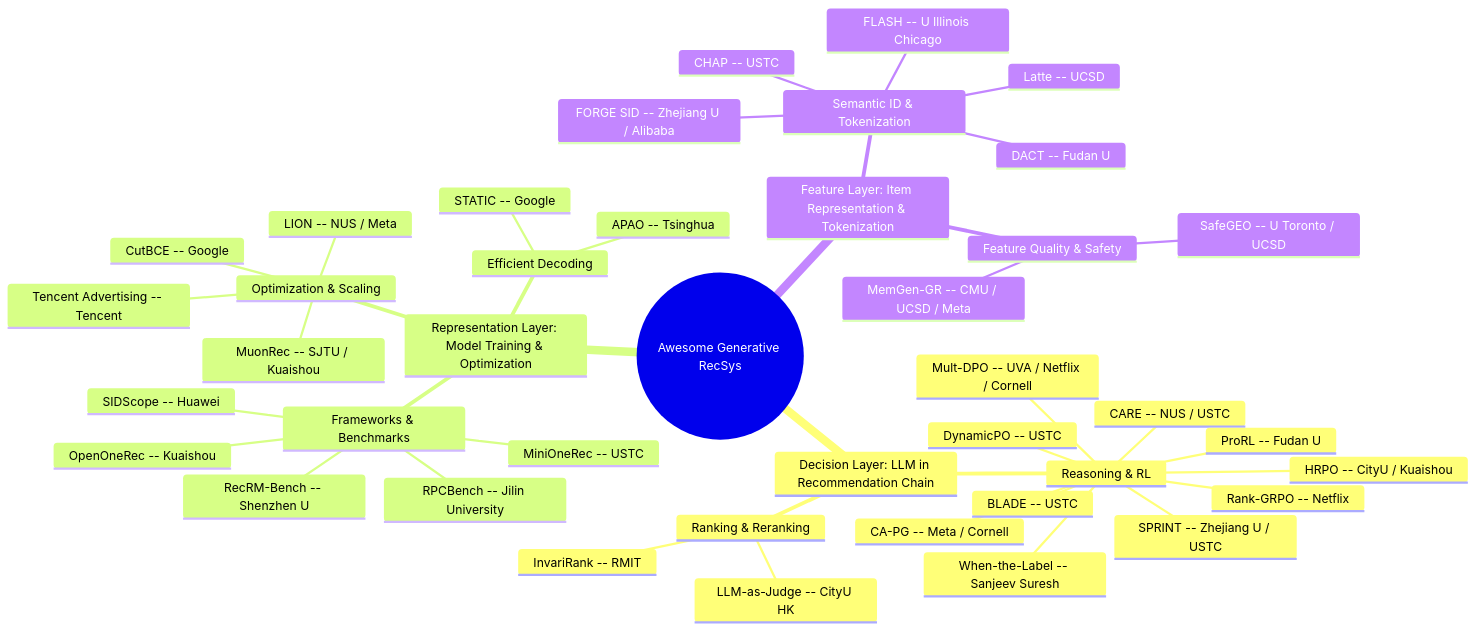
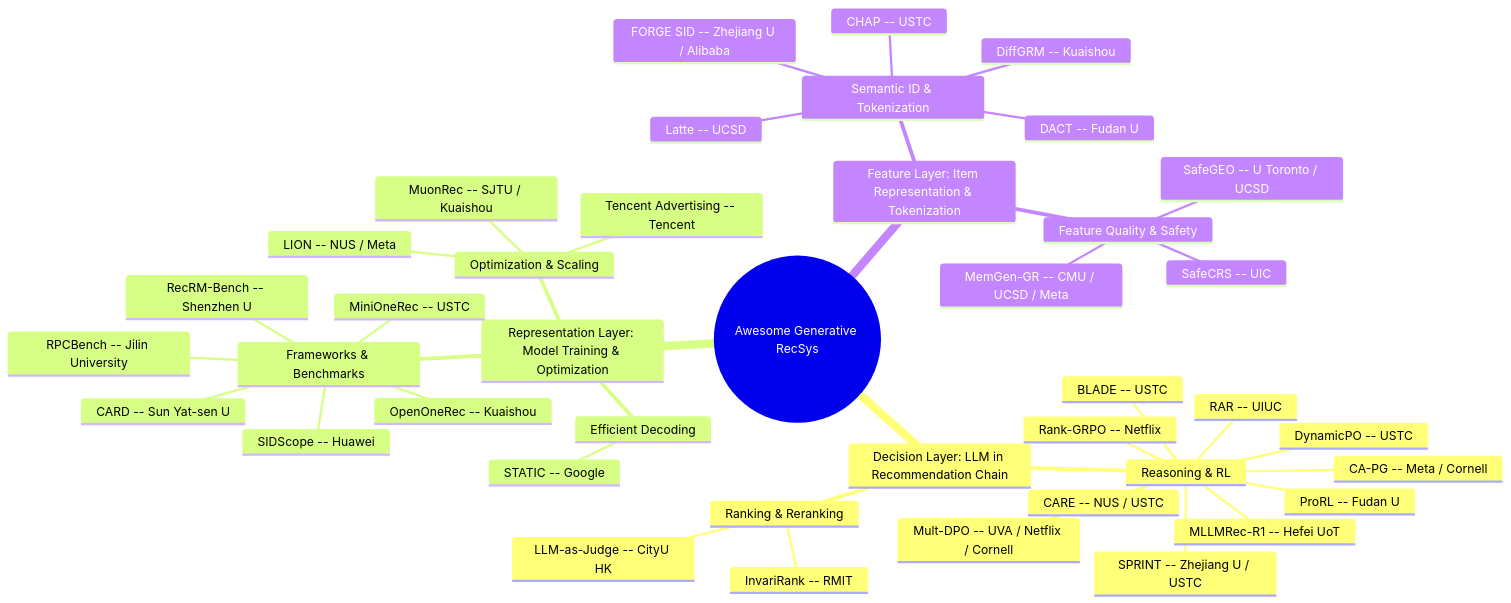
One commit to HaFred/awesome-generative-recsys changed the diagram in README.md. Above: the diagram before and after it, drawn with Mermaid. The commit also changed other lines of this file and 3 other files, not shown here.

Commit message:
daily gen-rec paper hunt (Oct 14): 7 papers — CARD, DiffGRM, MLLMRec-R1, SafeCRS, RAR (opensource) + NONTP, X-Rec (backfill); mindmap 30-cap rotate; archive Oct 03

````diff
--- a/README.md
+++ b/README.md
@@ -30,44 +30,44 @@
 ```mermaid
 mindmap
   root((Awesome Generative RecSys))
     Decision Layer: LLM in Recommendation Chain
       Reasoning & RL
         Rank-GRPO -- Netflix
         DynamicPO -- USTC
         BLADE -- USTC
         SPRINT -- Zhejiang U / USTC
         CARE -- NUS / USTC
-        HRPO -- CityU / Kuaishou
         Mult-DPO -- UVA / Netflix / Cornell
         CA-PG -- Meta / Cornell
         ProRL -- Fudan U
-        When-the-Label -- Sanjeev Suresh
+        MLLMRec-R1 -- Hefei UoT
+        RAR -- UIUC
       Ranking & Reranking
         InvariRank -- RMIT
         LLM-as-Judge -- CityU HK
     Representation Layer: Model Training & Optimization
       Frameworks & Benchmarks
         MiniOneRec -- USTC
         OpenOneRec -- Kuaishou
         RecRM-Bench -- Shenzhen U
         SIDScope -- Huawei
         RPCBench -- Jilin University
+        CARD -- Sun Yat-sen U
       Efficient Decoding
         STATIC -- Google
-        APAO -- Tsinghua
       Optimization & Scaling
         MuonRec -- SJTU / Kuaishou
         Tencent Advertising -- Tencent
         LION -- NUS / Meta
-        CutBCE -- Google
     Feature Layer: Item Representation & Tokenization
       Semantic ID & Tokenization
         Latte -- UCSD
         FORGE SID -- Zhejiang U / Alibaba
         DACT -- Fudan U
         CHAP -- USTC
-        FLASH -- U Illinois Chicago
+        DiffGRM -- Kuaishou
       Feature Quality & Safety
         SafeGEO -- U Toronto / UCSD
         MemGen-GR -- CMU / UCSD / Meta
+        SafeCRS -- UIC
 ```
````
